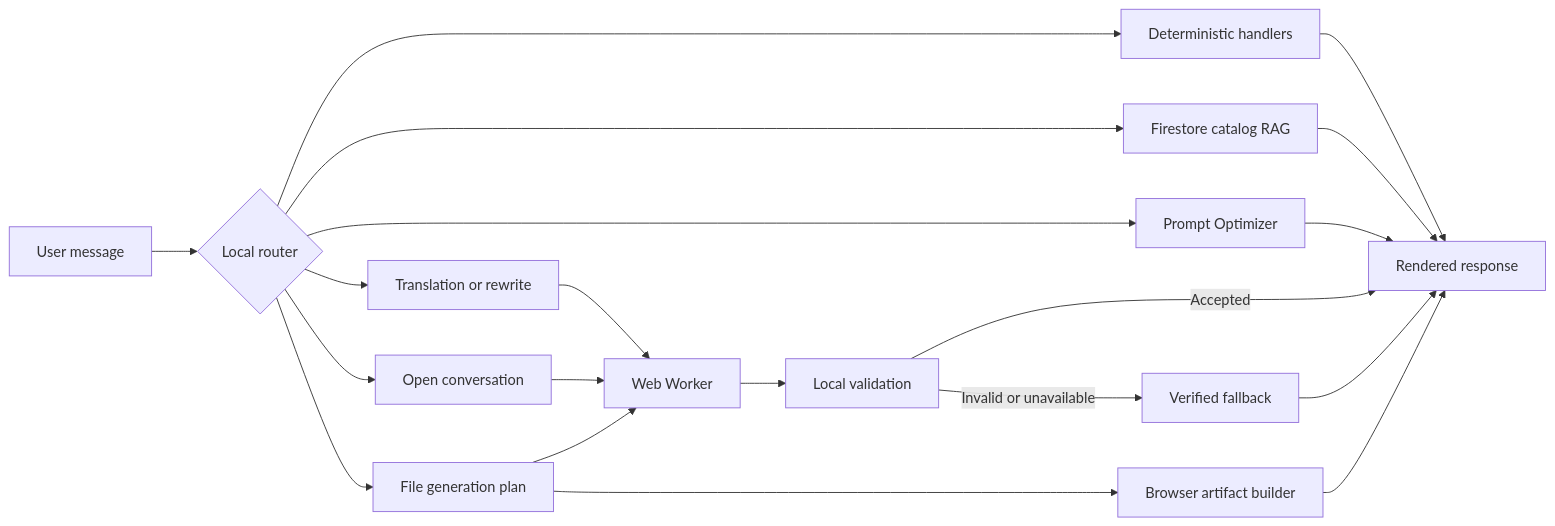
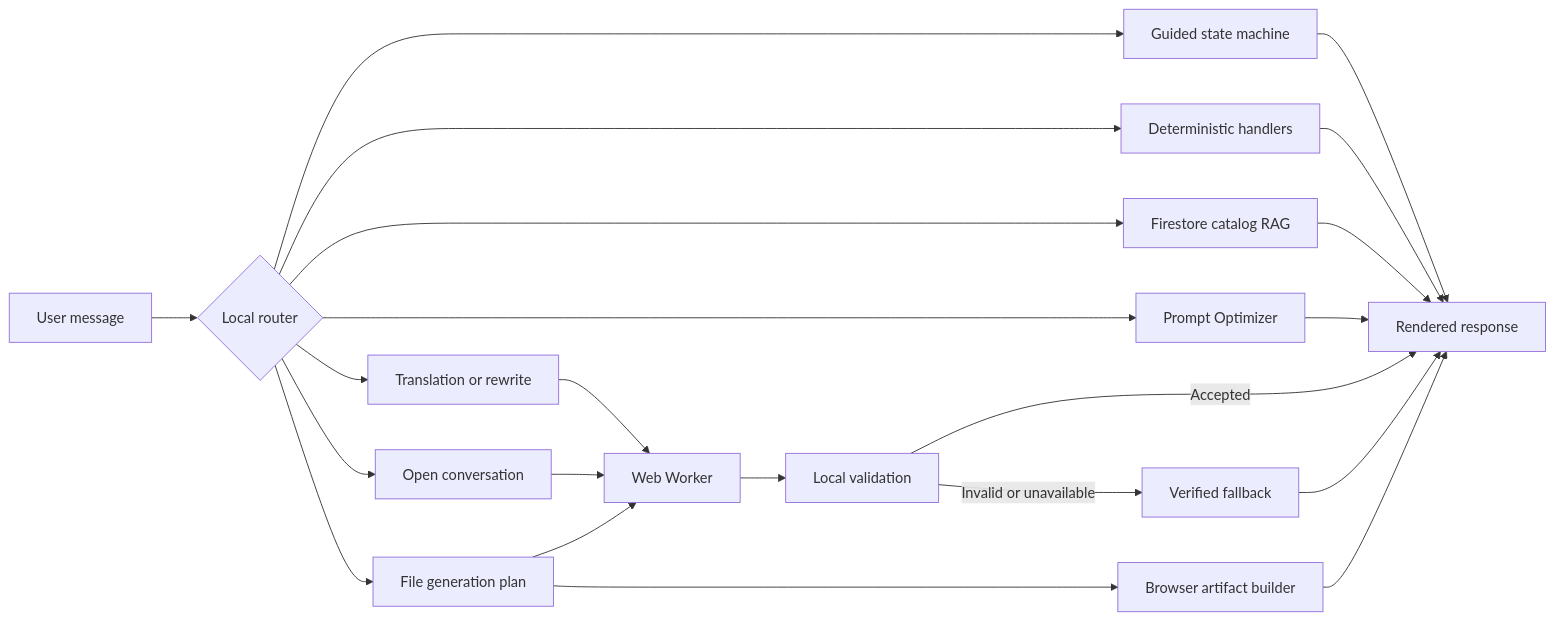
The diagram in AI-MODEL.md (riccardoponte/KODA-APP-MOBILE-NO-DEV-), drawn with Mermaid before and after one commit. The commit also changed other lines of this file and 4 other files, not shown here.

````diff
--- a/AI-MODEL.md
+++ b/AI-MODEL.md
@@ -19,22 +19,24 @@
 ```mermaid
 flowchart LR
     U[User message] --> R{Local router}
+    R --> S[Guided state machine]
     R --> D[Deterministic handlers]
     R --> C[Firestore catalog RAG]
     R --> P[Prompt Optimizer]
     R --> T[Translation or rewrite]
     R --> G[Open conversation]
     R --> F[File generation plan]
+    S --> O
     D --> O[Rendered response]
     C --> O
     P --> O
     T --> W[Web Worker]
     G --> W
     F --> W
     W --> V[Local validation]
     V -->|Accepted| O
     V -->|Invalid or unavailable| B[Verified fallback]
     B --> O
     F --> A[Browser artifact builder]
     A --> O
 ```
````
